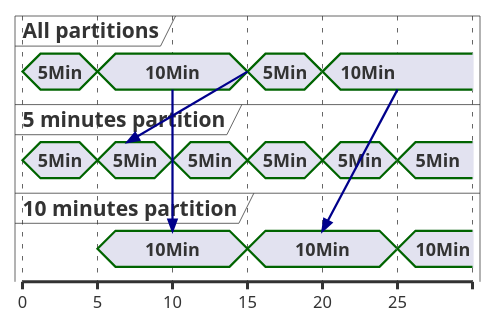
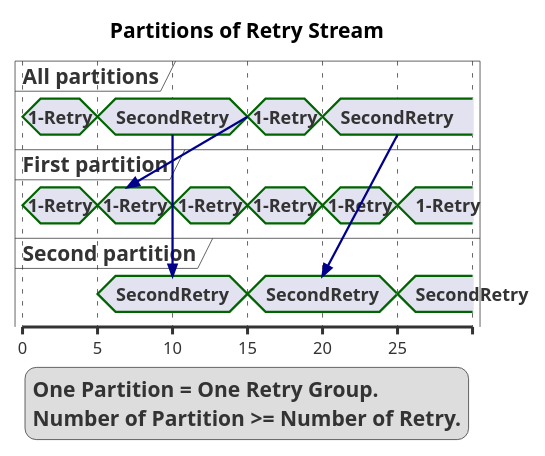
The diagram in ExplodePartitionByTime.wsd (buidiaconseil/ErrorManagementPattern), drawn with PlantUML before and after one commit. The commit also changed 1 other file, not shown here.

```diff
--- a/ExplodePartitionByTime.wsd
+++ b/ExplodePartitionByTime.wsd
@@ -1,34 +1,40 @@
 @startuml
 
+Title Partitions of Retry Stream
+
 concise "All partitions" as WU
-concise "5 minutes partition" as W5M
-concise "10 minutes partition" as W10M
+concise "First partition" as W5M
+concise "Second partition" as W10M
 
 @0
-WU is 5Min
-W5M is 5Min
+WU is "1-Retry"
+W5M is "1-Retry"
 
 @5
-WU is 10Min
-W5M is "5Min"
-W10M is 10Min
+WU is "SecondRetry"
+W5M is "1-Retry"
+W10M is "SecondRetry"
 @10
-W5M is "5Min"
+W5M is "1-Retry"
 WU -> W10M@10
 @15
-WU is 5Min
-W5M is "5Min"
-W10M is 10Min
+WU is "1-Retry"
+W5M is "1-Retry"
+W10M is "SecondRetry"
 WU -> W5M@7
 @20
-W5M is "5Min"
+W5M is "1-Retry"
 
-WU is 10Min
+WU is "SecondRetry"
 @25
-W5M is "5Min"
-W10M is "10Min"
+W5M is "1-Retry"
+W10M is "SecondRetry"
 WU -> W10M@20
 
+legend
+One Partition = One Retry Group.
+Number of Partition >= Number of Retry.
+end legend
 
 
 @enduml
```
